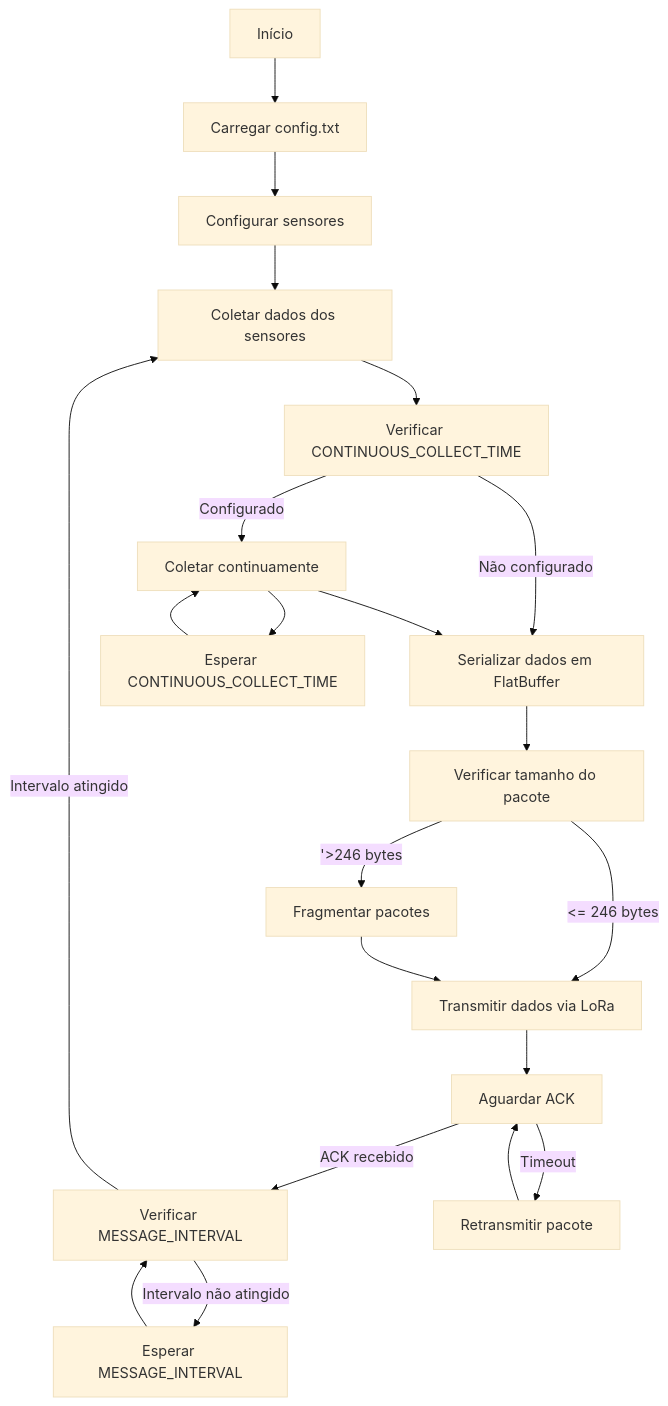
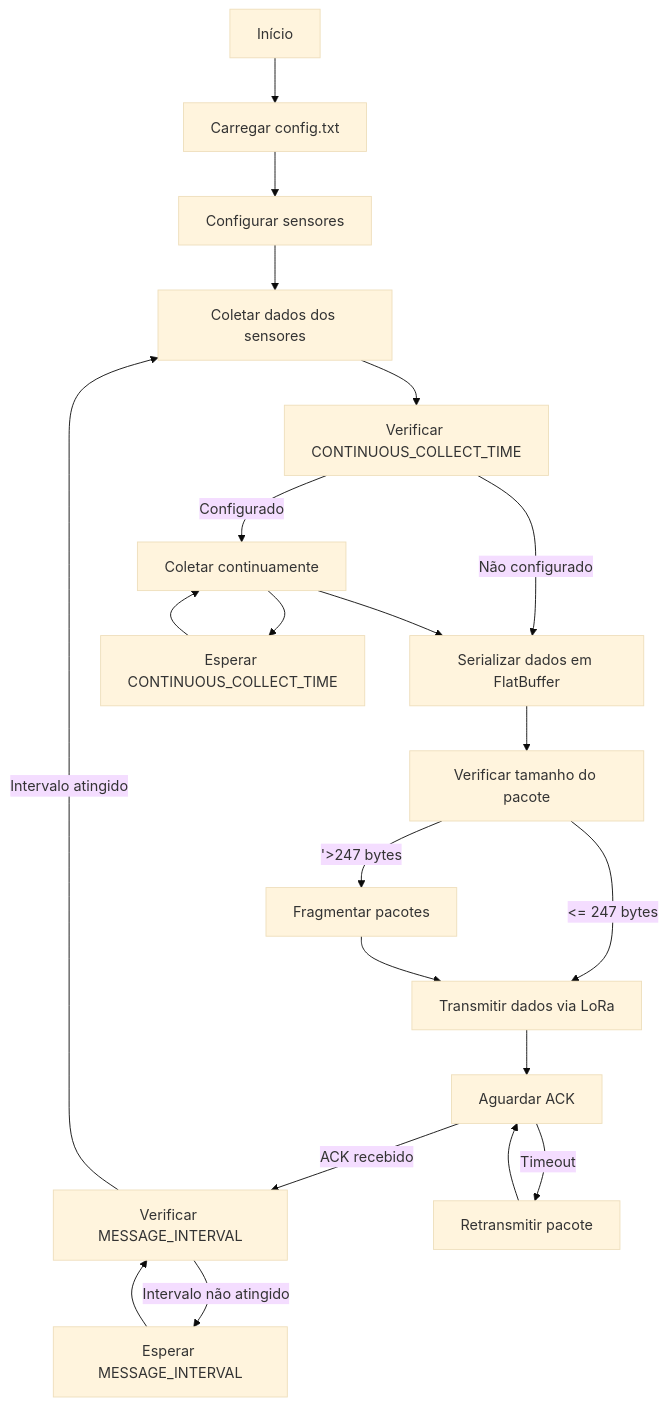
The diagram in mcu/UML/atividades_hermes.mmd (folhastech/streamphy-doc), drawn with Mermaid (base theme) before and after one commit.

```diff
--- a/mcu/UML/atividades_hermes.mmd
+++ b/mcu/UML/atividades_hermes.mmd
@@ -1,21 +1,21 @@
 flowchart TD
   Start[Início] --> LoadConfig[Carregar config.txt]
   LoadConfig --> CheckSensors[Configurar sensores]
   CheckSensors --> CollectData[Coletar dados dos sensores]
   CollectData --> CheckContinuous[Verificar CONTINUOUS_COLLECT_TIME]
   CheckContinuous -->|Configurado| ContinuousCollect[Coletar continuamente]
   CheckContinuous -->|Não configurado| SerializeData[Serializar dados em FlatBuffer]
   ContinuousCollect --> WaitContinuous[Esperar CONTINUOUS_COLLECT_TIME]
   WaitContinuous --> ContinuousCollect
   ContinuousCollect --> SerializeData
   SerializeData --> CheckPacketSize[Verificar tamanho do pacote]
-  CheckPacketSize -->|<= 246 bytes| TransmitData[Transmitir dados via LoRa]
-  CheckPacketSize -->| '>246 bytes| FragmentData[Fragmentar pacotes]
+  CheckPacketSize -->|<= 247 bytes| TransmitData[Transmitir dados via LoRa]
+  CheckPacketSize -->| '>247 bytes| FragmentData[Fragmentar pacotes]
   FragmentData --> TransmitData
   TransmitData --> WaitACK[Aguardar ACK]
   WaitACK -->|ACK recebido| CheckInterval[Verificar MESSAGE_INTERVAL]
   WaitACK -->|Timeout| Retry[Retransmitir pacote]
   Retry --> WaitACK
   CheckInterval -->|Intervalo atingido| CollectData
   CheckInterval -->|Intervalo não atingido| WaitInterval[Esperar MESSAGE_INTERVAL]
   WaitInterval --> CheckInterval
```
